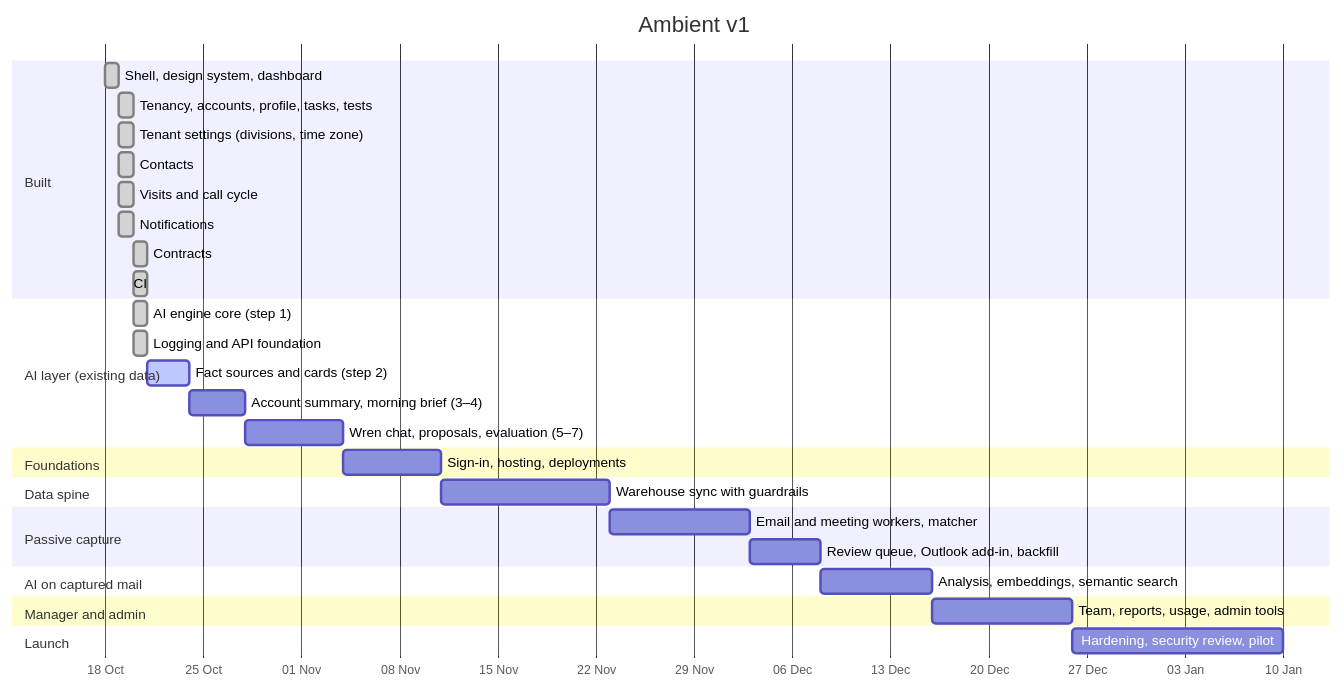
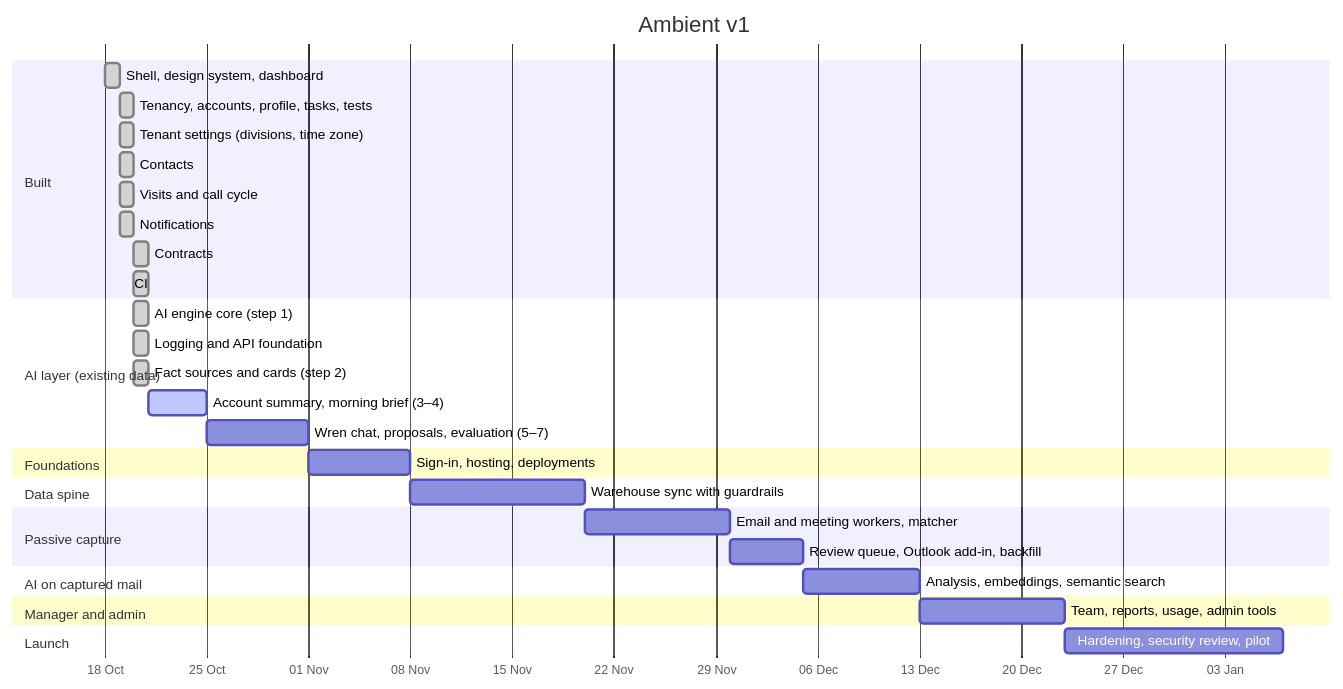
Before and after one commit to sonishivam1/ambient-crm: the diagram in docs/product/roadmap.md, drawn with Mermaid. The commit also changed other lines of this file and 21 other files, not shown here.

First line of the commit message:
feat(ai): step 2, fact sources and cards

````diff
--- a/docs/product/roadmap.md
+++ b/docs/product/roadmap.md
@@ -55,34 +56,34 @@
 ```mermaid
 gantt
   title Ambient v1
   dateFormat YYYY-MM-DD
   axisFormat %d %b
   section Built
   Shell, design system, dashboard          :done,   b1, 2026-10-18, 1d
   Tenancy, accounts, profile, tasks, tests :done,   b2, 2026-10-19, 1d
   Tenant settings (divisions, time zone)   :done,   b3, 2026-10-19, 1d
   Contacts                                 :done,   b4, 2026-10-19, 1d
   Visits and call cycle                    :done,   b5, 2026-10-19, 1d
   Notifications                            :done,   b6, 2026-10-19, 1d
   Contracts                                :done,   b7, 2026-10-20, 1d
   CI                                       :done,   b8, 2026-10-20, 1d
   section AI layer (existing data)
   AI engine core (step 1)                  :done,   a9, 2026-10-20, 1d
   Logging and API foundation               :done,   b9, 2026-10-20, 1d
-  Fact sources and cards (step 2)          :active, a0, 2026-10-21, 3d
-  Account summary, morning brief (3–4)     :        a1, after a0, 4d
+  Fact sources and cards (step 2)          :done,   a0, 2026-10-20, 1d
+  Account summary, morning brief (3–4)     :active, a1, after a0, 4d
   Wren chat, proposals, evaluation (5–7)   :        a2, after a1, 7d
   section Foundations
   Sign-in, hosting, deployments           :        f1, after a2, 7d
   section Data spine
   Warehouse sync with guardrails           :        d1, after f1, 12d
   section Passive capture
   Email and meeting workers, matcher       :        p1, after d1, 10d
   Review queue, Outlook add-in, backfill   :        p2, after p1, 5d
   section AI on captured mail
   Analysis, embeddings, semantic search    :        a3, after p2, 8d
   section Manager and admin
   Team, reports, usage, admin tools        :        m1, after a3, 10d
   section Launch
   Hardening, security review, pilot        :        l1, after m1, 15d
 ```
````
